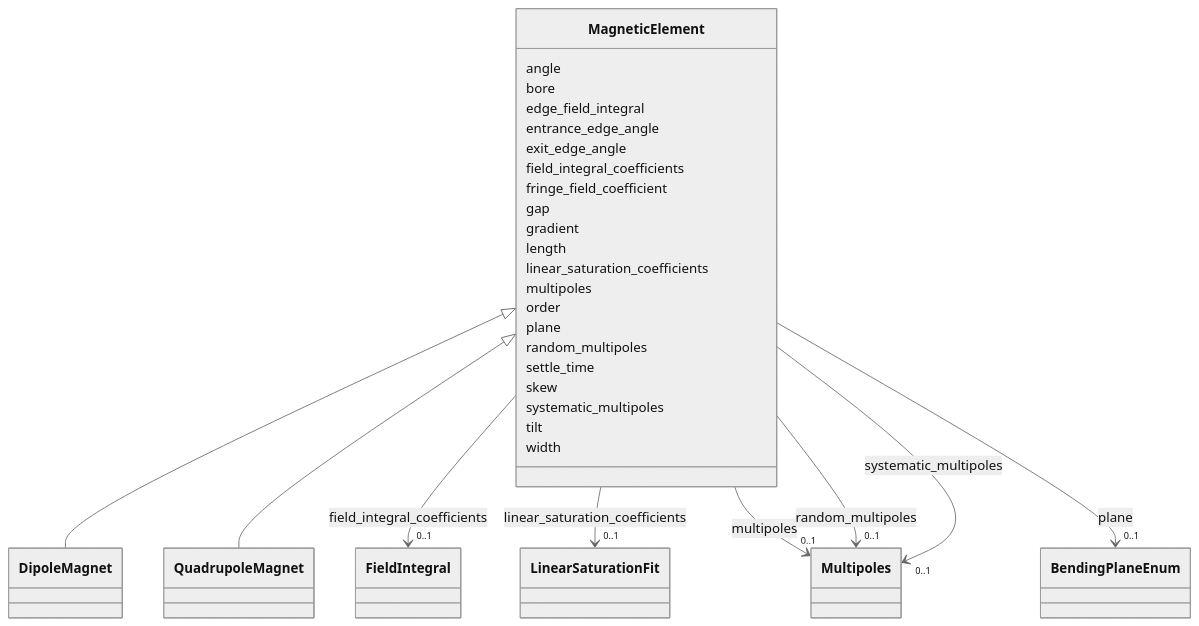
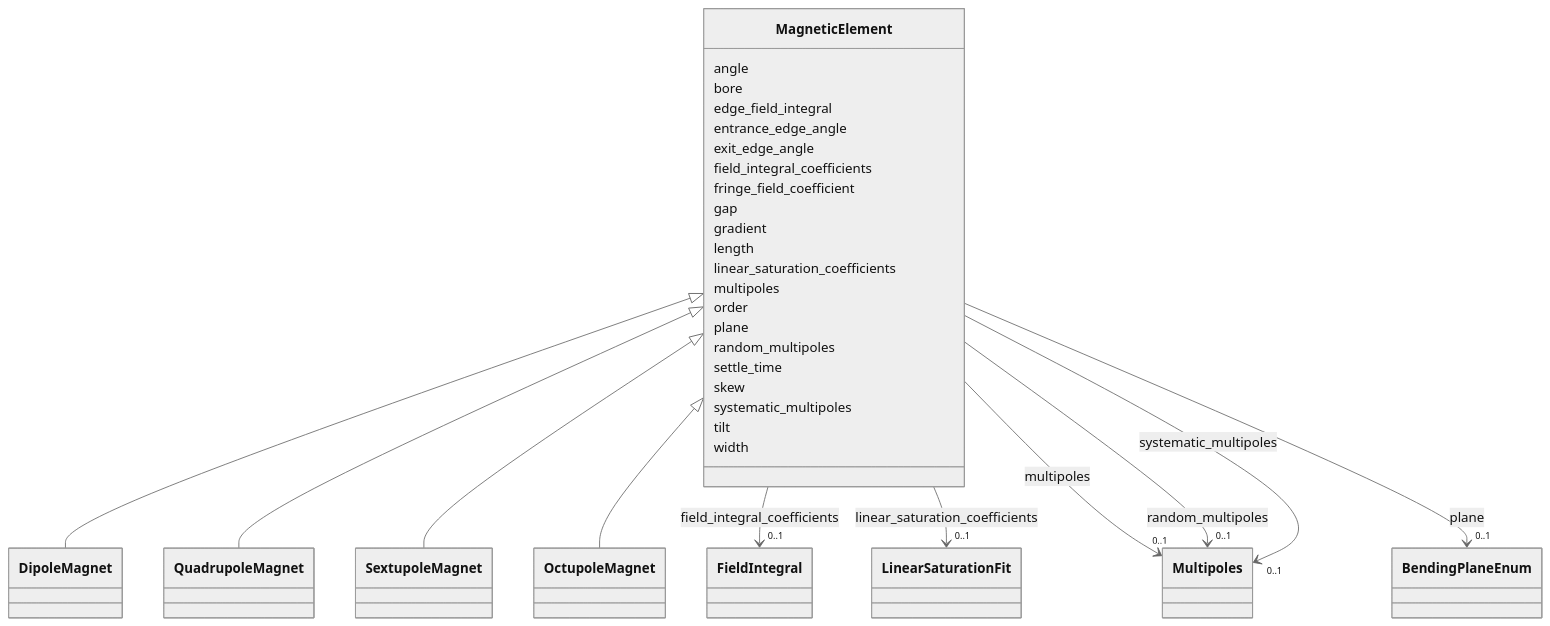
The diagram in docs/source/schema/MagneticElement.md (astec-stfc/laura), drawn with Mermaid (neutral theme) before and after one commit. The commit also changed other lines of this file and 205 other files, not shown here.

```diff
--- a/docs/source/schema/MagneticElement.md
+++ b/docs/source/schema/MagneticElement.md
@@ -28,6 +28,10 @@
         click DipoleMagnet href "../DipoleMagnet/"
       MagneticElement <|-- QuadrupoleMagnet
         click QuadrupoleMagnet href "../QuadrupoleMagnet/"
+      MagneticElement <|-- SextupoleMagnet
+        click SextupoleMagnet href "../SextupoleMagnet/"
+      MagneticElement <|-- OctupoleMagnet
+        click OctupoleMagnet href "../OctupoleMagnet/"
       
       MagneticElement : angle
         
```
